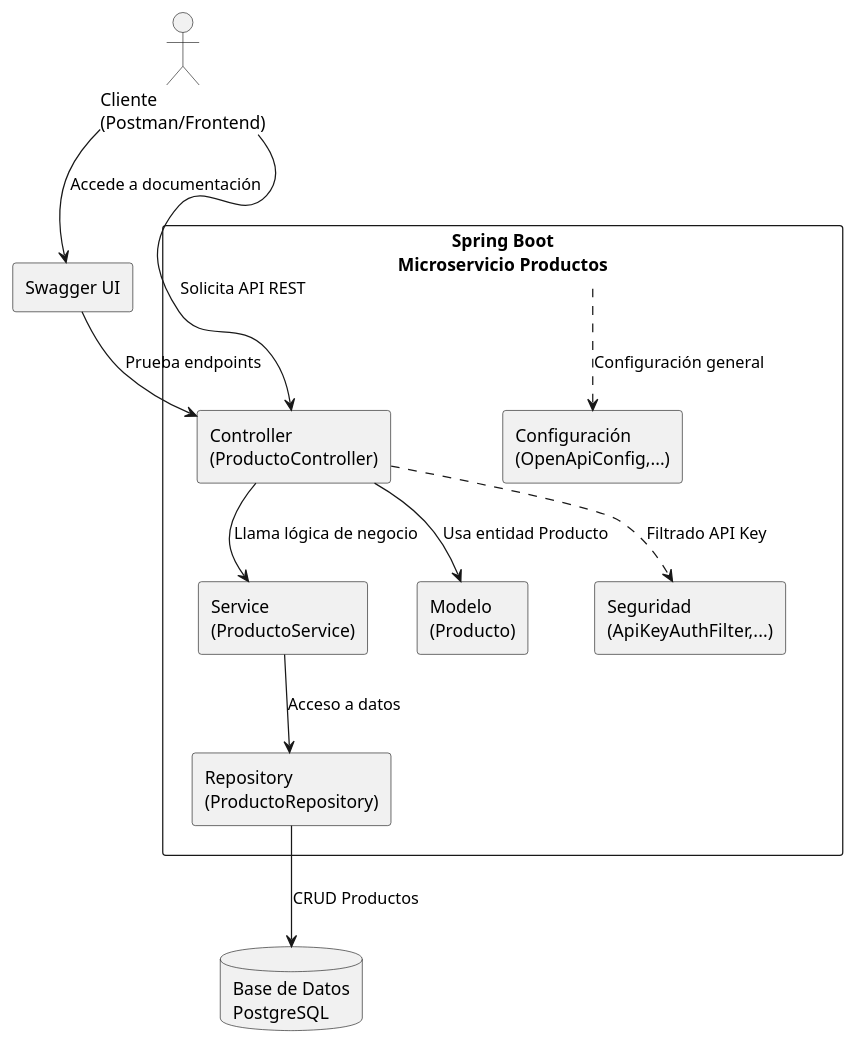
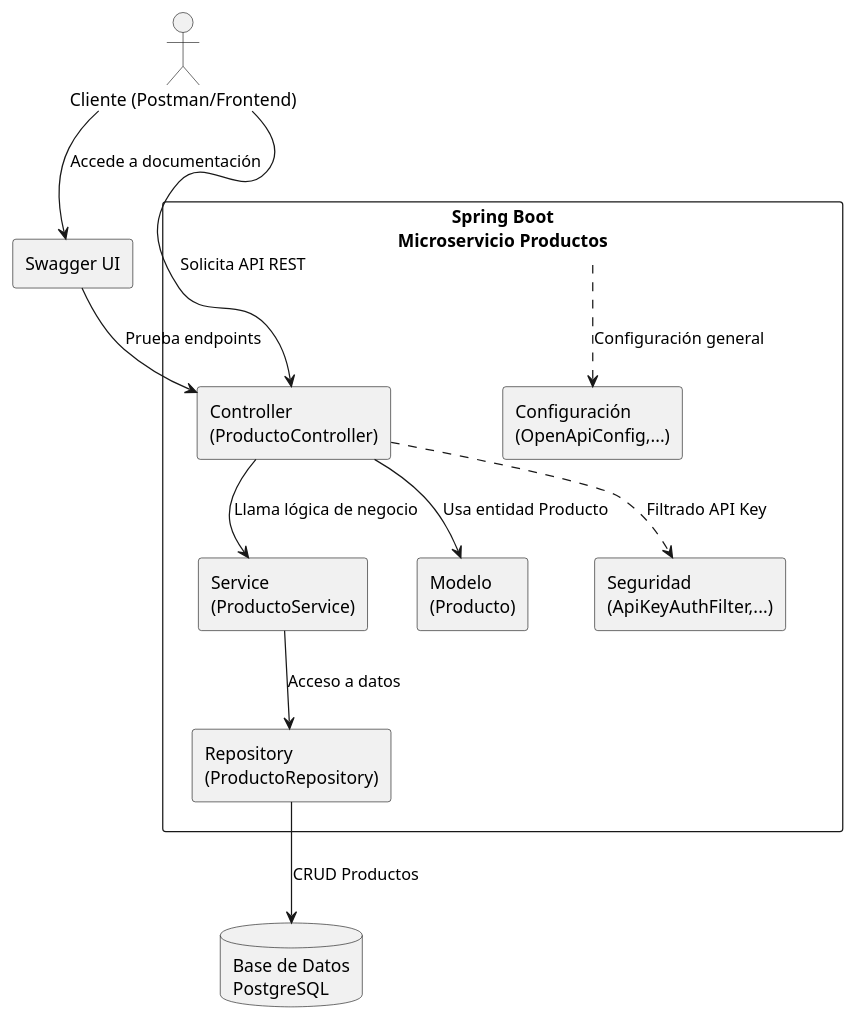
Before and after one commit to andersonramirezalejo/producto-service: the diagram in README.md, drawn with PlantUML. The commit also changed other lines of this file and 12 other files, not shown here.

````diff
--- a/README.md
+++ b/README.md
@@ -152,24 +128,24 @@
 ```plantuml
 @startuml
-actor Cliente as "Cliente\n(Postman/Frontend)"
+actor Cliente as "Cliente (Postman/Frontend)"
 rectangle "Spring Boot\nMicroservicio Productos" as MS {
   rectangle "Controller\n(ProductoController)" as Controller
   rectangle "Service\n(ProductoService)" as Service
   rectangle "Repository\n(ProductoRepository)" as Repository
   rectangle "Modelo\n(Producto)" as Modelo
   rectangle "Seguridad\n(ApiKeyAuthFilter,...)" as Seguridad
   rectangle "Configuración\n(OpenApiConfig,...)" as Config
 }
 database "Base de Datos\nPostgreSQL" as DB
 rectangle "Swagger UI" as Swagger
 Cliente --> Controller : Solicita API REST
 Controller --> Service : Llama lógica de negocio
 Service --> Repository : Acceso a datos
 Repository --> DB : CRUD Productos
 Controller --> Modelo : Usa entidad Producto
 Cliente --> Swagger : Accede a documentación
 Swagger --> Controller : Prueba endpoints
 Controller ..> Seguridad : Filtrado API Key
 MS ..> Config : Configuración general
 @enduml
 ```
````
